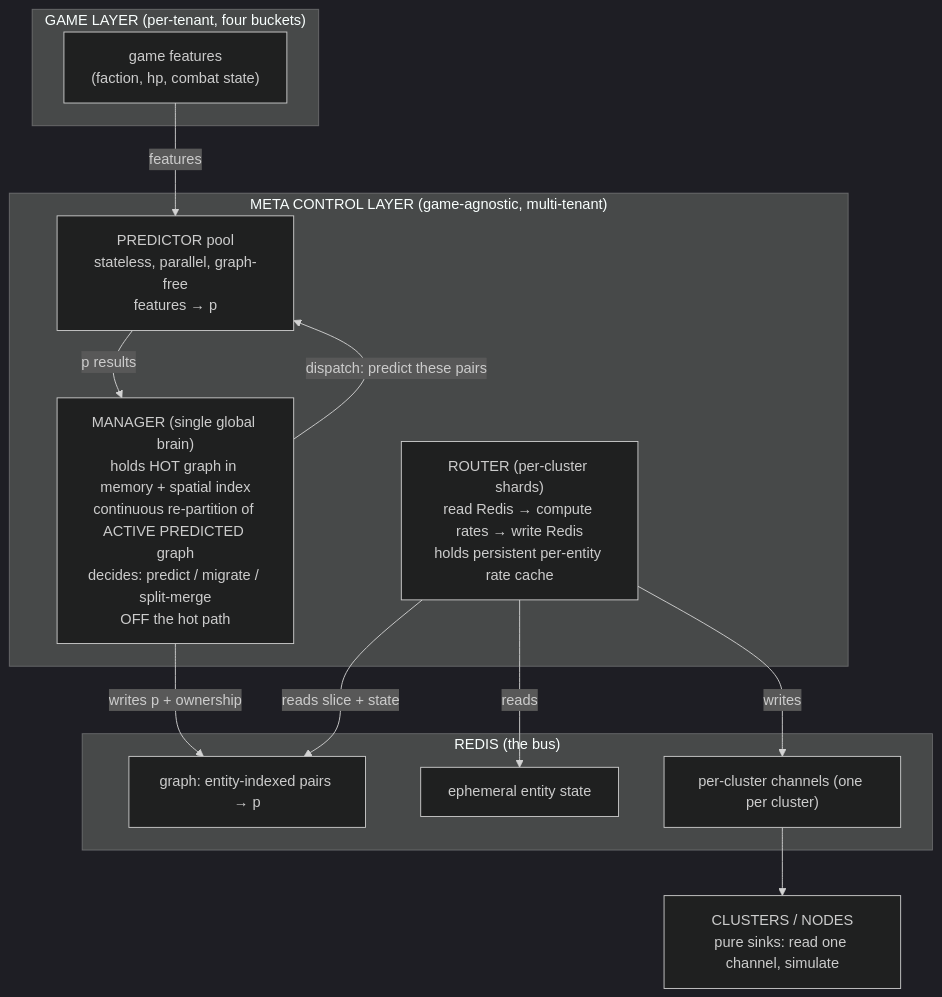
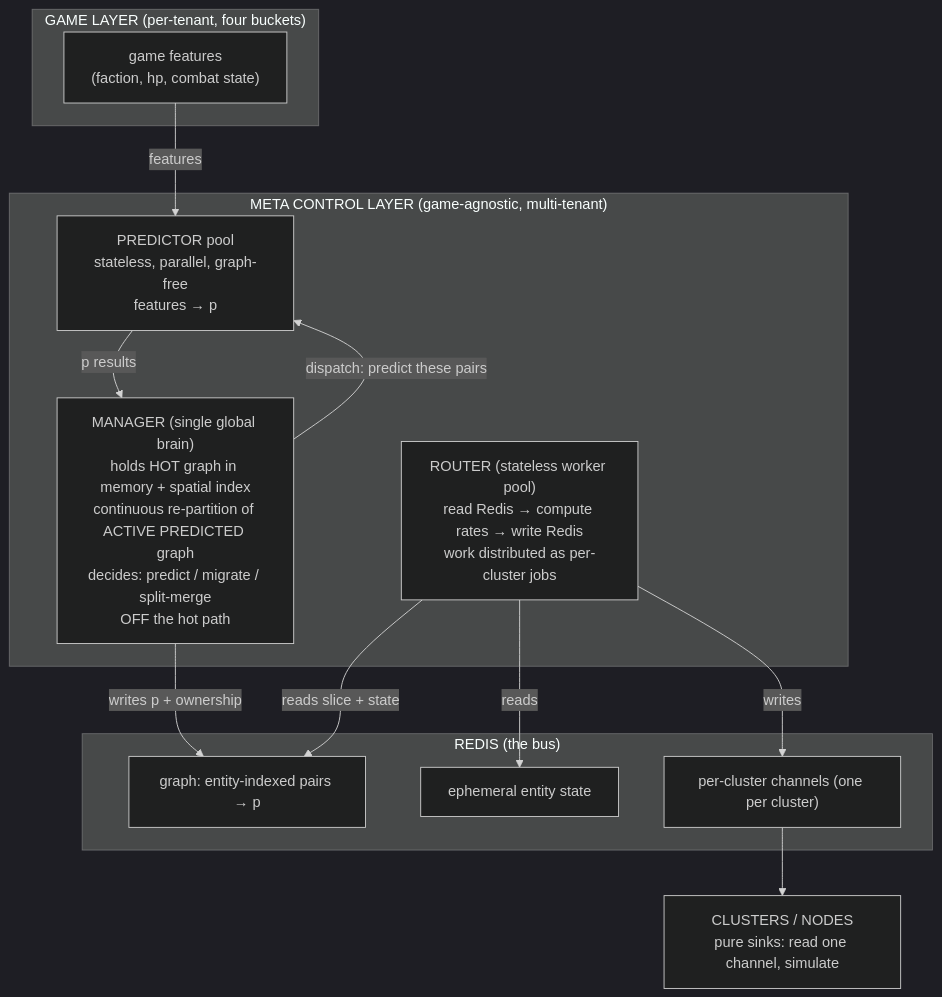
The diagram in docs/architecture/meta-control-layer.md (brainy-bots/arcane), drawn with Mermaid (dark theme) before and after one commit. The commit also changed other lines of this file, not shown here.

Commit message:
docs(architecture): router is a stateless worker pool over per-cluster jobs, not per-cluster shards (founder correction)

````diff
--- a/docs/architecture/meta-control-layer.md
+++ b/docs/architecture/meta-control-layer.md
@@ -66,29 +66,29 @@
 ```mermaid
 flowchart TB
     subgraph game["GAME LAYER (per-tenant, four buckets)"]
         GF["game features<br/>(faction, hp, combat state)"]
     end
 
     subgraph meta["META CONTROL LAYER (game-agnostic, multi-tenant)"]
         PRED["PREDICTOR pool<br/>stateless, parallel, graph-free<br/>features → p"]
         MGR["MANAGER (single global brain)<br/>holds HOT graph in memory + spatial index<br/>continuous re-partition of ACTIVE PREDICTED graph<br/>decides: predict / migrate / split-merge<br/>OFF the hot path"]
-        ROUTER["ROUTER (per-cluster shards)<br/>read Redis → compute rates → write Redis<br/>holds persistent per-entity rate cache"]
+        ROUTER["ROUTER (stateless worker pool)<br/>read Redis → compute rates → write Redis<br/>work distributed as per-cluster jobs"]
     end
 
     subgraph redis["REDIS (the bus)"]
         G["graph: entity-indexed pairs → p"]
         ST["ephemeral entity state"]
         CH["per-cluster channels (one per cluster)"]
     end
 
     NODES["CLUSTERS / NODES<br/>pure sinks: read one channel, simulate"]
 
     GF -->|features| PRED
     MGR -->|"dispatch: predict these pairs"| PRED
     PRED -->|p results| MGR
     MGR -->|writes p + ownership| G
     ROUTER -->|reads slice + state| G
     ROUTER -->|reads| ST
     ROUTER -->|writes| CH
     CH --> NODES
 ```
````
